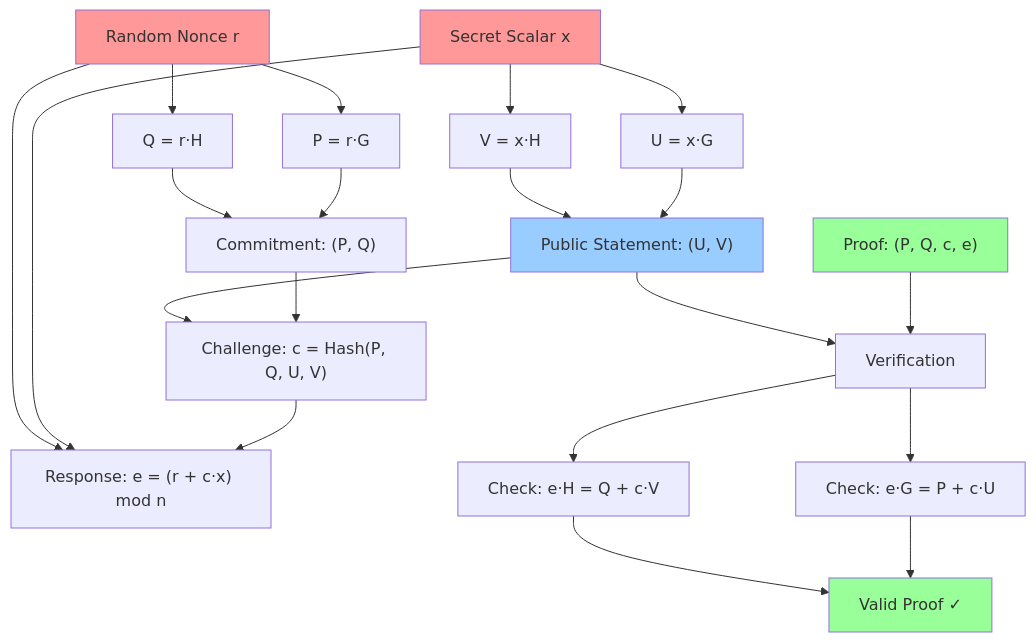
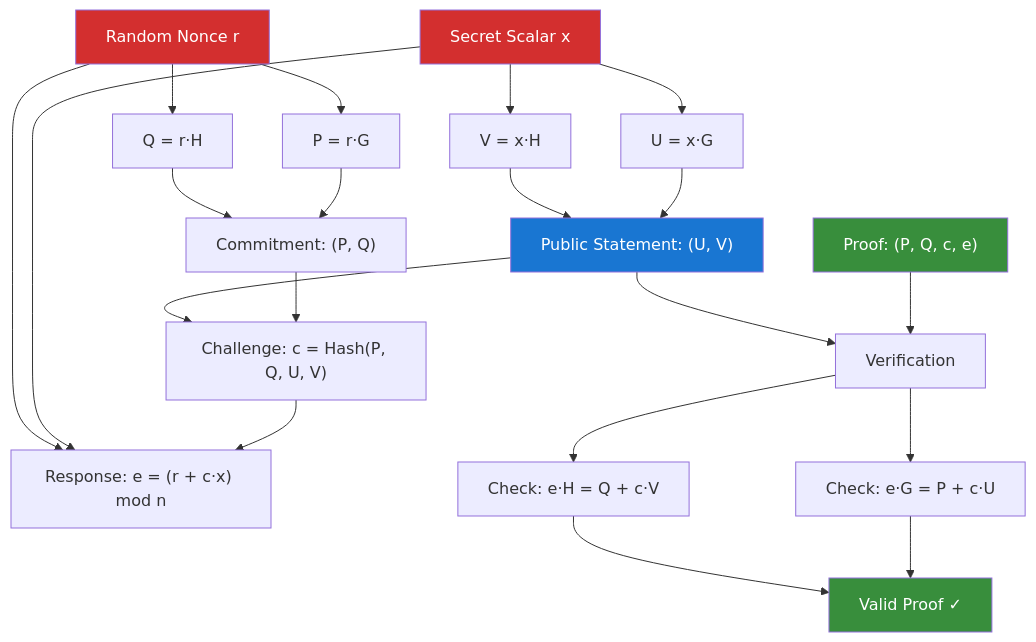
The diagram in packages/crypto/src/chaum-pedersen/README.md (teddyjfpender/starknet-kms), drawn with Mermaid before and after one commit. The commit also changed 25 other files, not shown here.

````diff
--- a/packages/crypto/src/chaum-pedersen/README.md
+++ b/packages/crypto/src/chaum-pedersen/README.md
@@ -31,34 +31,34 @@
 ```mermaid
 graph TD
     A[Secret Scalar x] --> B["U = x·G"]
     A --> C["V = x·H"]
     B --> D["Public Statement: (U, V)"]
     C --> D
     
     E[Random Nonce r] --> F["P = r·G"]
     E --> G["Q = r·H"] 
     F --> H["Commitment: (P, Q)"]
     G --> H
     
     H --> I["Challenge: c = Hash(P, Q, U, V)"]
     D --> I
     
     I --> J["Response: e = (r + c·x) mod n"]
     A --> J
     E --> J
     
     K["Proof: (P, Q, c, e)"] --> L["Verification"]
     D --> L
     
     L --> M["Check: e·G = P + c·U"]
     L --> N["Check: e·H = Q + c·V"]
     
     M --> O["Valid Proof ✓"]
     N --> O
     
-    style A fill:#ff9999
-    style E fill:#ff9999
-    style D fill:#99ccff
-    style K fill:#99ff99
-    style O fill:#99ff99
+    style A fill:#d32f2f,color:#fff
+    style E fill:#d32f2f,color:#fff
+    style D fill:#1976d2,color:#fff
+    style K fill:#388e3c,color:#fff
+    style O fill:#388e3c,color:#fff
 ```
````
